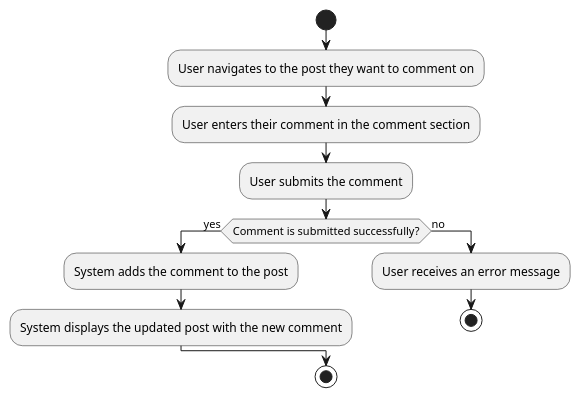
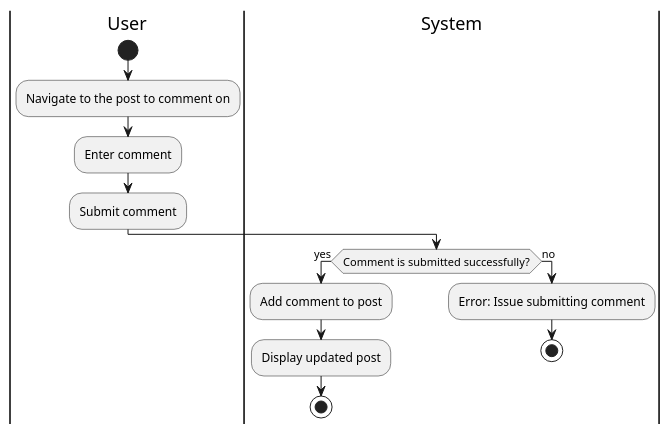
Before and after one commit to tungbeo0221/Forked-crosscodex.github.io: diagram 13 of 22 in docs/checkpoint_1/use_cases.md, drawn with PlantUML. The commit also changed other lines of this file and 39 other files, not shown here.

````diff
--- a/docs/checkpoint_1/use_cases.md
+++ b/docs/checkpoint_1/use_cases.md
@@ -348,16 +419,19 @@
 ```plantuml
 @startuml
+|User|
 start
-:User navigates to the post they want to comment on;
-:User enters their comment in the comment section;
-:User submits the comment;
+:Navigate to the post to comment on;
+:Enter comment;
+:Submit comment;
+|System|
 if (Comment is submitted successfully?) then (yes)
-  :System adds the comment to the post;
-  :System displays the updated post with the new comment;
+  :Add comment to post;
+  :Display updated post;
+  stop
 else (no)
-  :User receives an error message;
+  :Error: Issue submitting comment;
   stop
 endif
-stop
 @enduml
+
 ```
````
